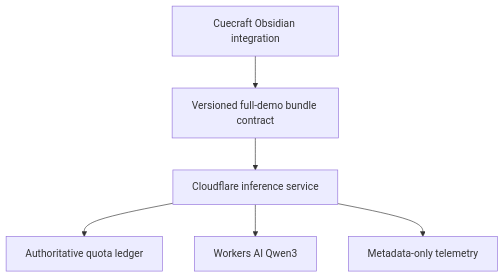
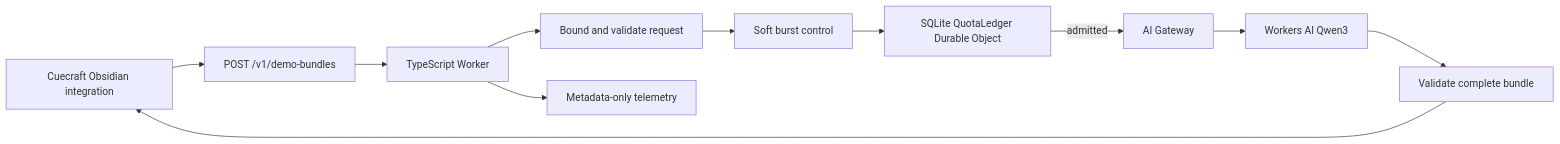
The diagram in docs/plans/2026-08-15-1914-feat-hosted-demo-inference-service-plan.md (swartzrock/obsidian-firstrecall-plugin), drawn with Mermaid before and after one commit. The commit also changed other lines of this file, not shown here.

Commit message:
docs: add hosted inference architecture baseline

````diff
--- a/docs/plans/2026-08-15-1914-feat-hosted-demo-inference-service-plan.md
+++ b/docs/plans/2026-08-15-1914-feat-hosted-demo-inference-service-plan.md
@@ -55,8 +59,13 @@
 ```mermaid
-flowchart TB
-  Plugin["Cuecraft Obsidian integration"] --> Contract["Versioned full-demo bundle contract"]
-  Contract --> Service["Cloudflare inference service"]
-  Service --> Quota["Authoritative quota ledger"]
-  Service --> Inference["Workers AI Qwen3"]
-  Service --> Telemetry["Metadata-only telemetry"]
+flowchart LR
+  Plugin["Cuecraft Obsidian integration"] --> Contract["POST /v1/demo-bundles"]
+  Contract --> Worker["TypeScript Worker"]
+  Worker --> Validate["Bound and validate request"]
+  Validate --> Burst["Soft burst control"]
+  Burst --> Quota["SQLite QuotaLedger Durable Object"]
+  Quota -->|admitted| Gateway["AI Gateway"]
+  Gateway --> Qwen["Workers AI Qwen3"]
+  Qwen --> Output["Validate complete bundle"]
+  Output --> Plugin
+  Worker --> Telemetry["Metadata-only telemetry"]
 ```
````
